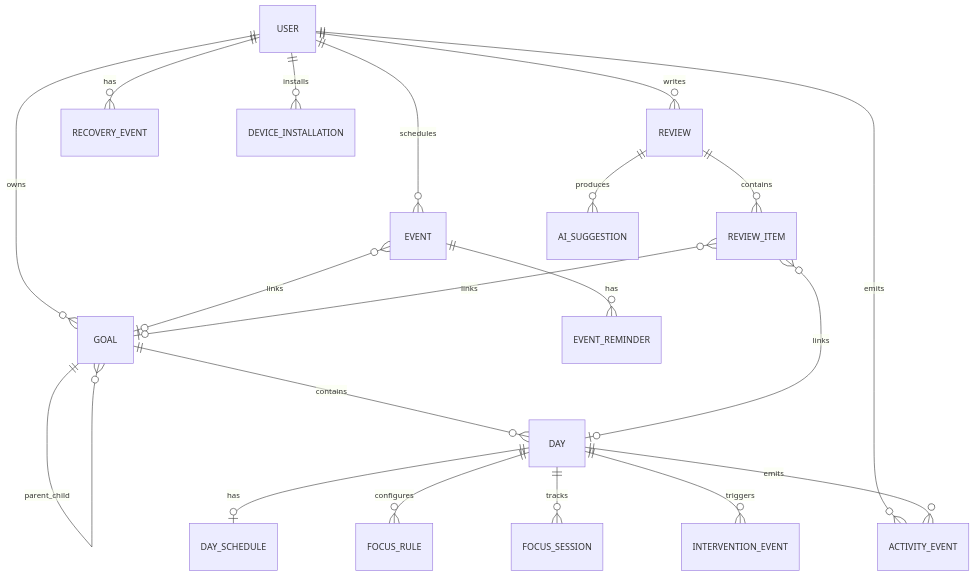
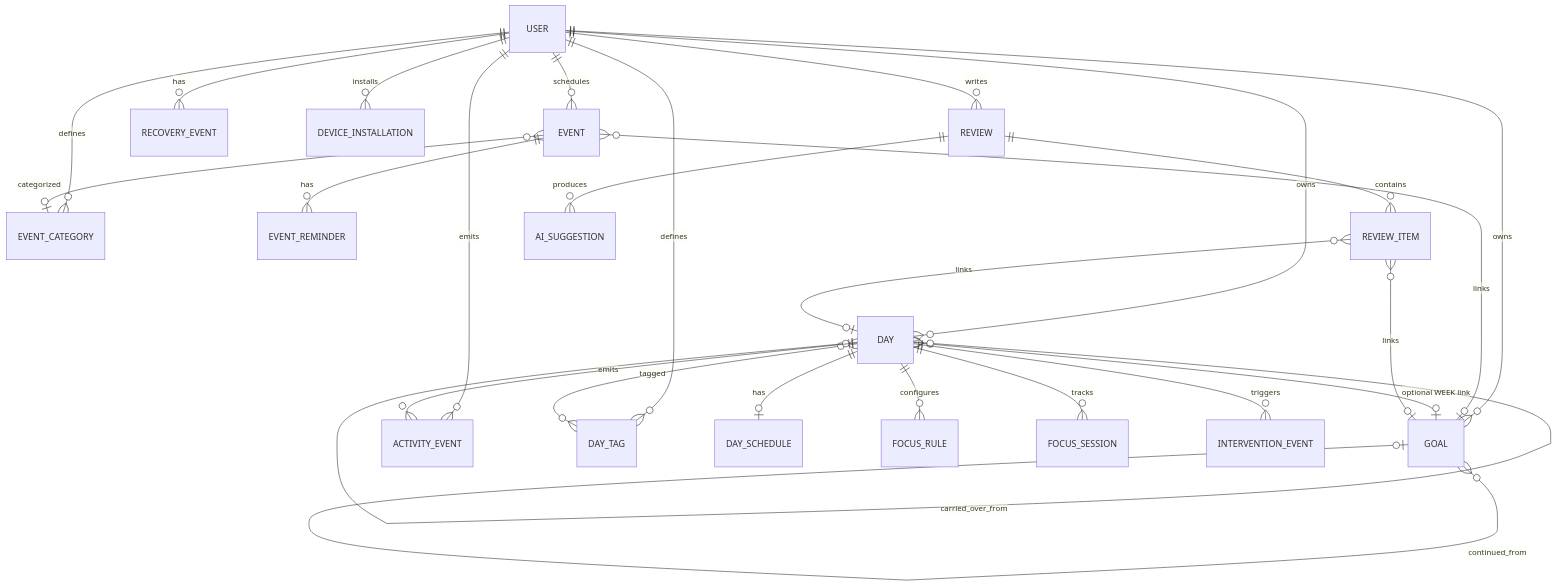
The second of 2 diagrams in docs/requirements.md (gokite227/DayFlow), drawn with Mermaid before and after one commit. The commit also changed other lines of this file and 2 other files, not shown here.

Commit message:
docs: refine day task and recovery policies

````diff
--- a/docs/requirements.md
+++ b/docs/requirements.md
@@ -441,24 +581,32 @@
 ```mermaid
 erDiagram
   USER ||--o{ GOAL : owns
   USER ||--o{ REVIEW : writes
   USER ||--o{ RECOVERY_EVENT : has
   USER ||--o{ DEVICE_INSTALLATION : installs
   USER ||--o{ ACTIVITY_EVENT : emits
   USER ||--o{ EVENT : schedules
 
+  USER ||--o{ DAY : owns
+  USER ||--o{ DAY_TAG : defines
+  USER ||--o{ EVENT_CATEGORY : defines
+
   GOAL ||--o{ GOAL : parent_child
   EVENT }o--o| GOAL : links
   EVENT ||--o{ EVENT_REMINDER : has
-  GOAL ||--o{ DAY : contains
+  EVENT }o--o| EVENT_CATEGORY : categorized
+  DAY }o--o| GOAL : "optional WEEK link"
+  DAY }o--o{ DAY_TAG : tagged
+  DAY }o--o| DAY : carried_over_from
+  GOAL }o--o| GOAL : continued_from
   DAY ||--o| DAY_SCHEDULE : has
   DAY ||--o{ FOCUS_RULE : configures
   DAY ||--o{ FOCUS_SESSION : tracks
   DAY ||--o{ INTERVENTION_EVENT : triggers
   DAY ||--o{ ACTIVITY_EVENT : emits
 
   REVIEW ||--o{ REVIEW_ITEM : contains
   REVIEW ||--o{ AI_SUGGESTION : produces
   REVIEW_ITEM }o--o| GOAL : links
   REVIEW_ITEM }o--o| DAY : links
 ```
````
